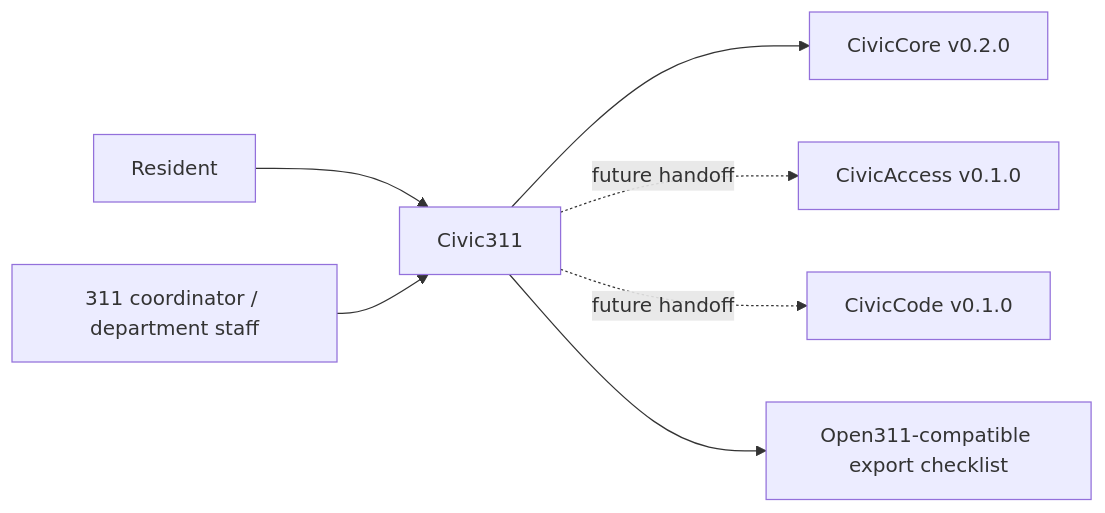
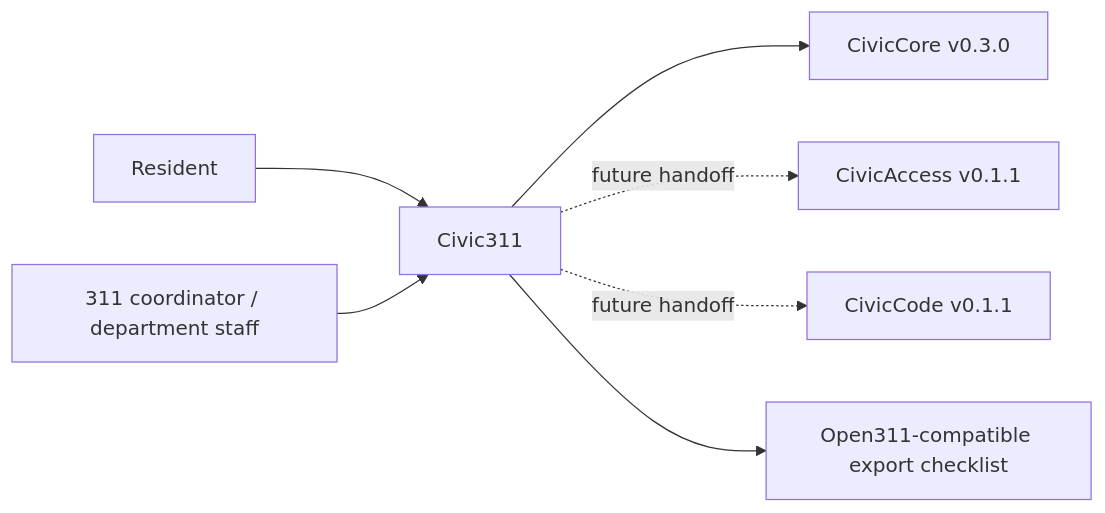
One commit to CivicSuite/civic311 changed the diagram in USER-MANUAL.md. Above: the diagram before and after it, drawn with Mermaid. The commit also changed other lines of this file and 29 other files, not shown here.

````diff
--- a/USER-MANUAL.md
+++ b/USER-MANUAL.md
@@ -32,9 +32,9 @@
 ```mermaid
 flowchart LR
   Resident["Resident"] --> Civic311["Civic311"]
   Staff["311 coordinator / department staff"] --> Civic311
-  Civic311 --> CivicCore["CivicCore v0.2.0"]
-  Civic311 -. future handoff .-> CivicAccess["CivicAccess v0.1.0"]
-  Civic311 -. future handoff .-> CivicCode["CivicCode v0.1.0"]
+  Civic311 --> CivicCore["CivicCore v0.3.0"]
+  Civic311 -. future handoff .-> CivicAccess["CivicAccess v0.1.1"]
+  Civic311 -. future handoff .-> CivicCode["CivicCode v0.1.1"]
   Civic311 --> Export["Open311-compatible export checklist"]
 ```
````
